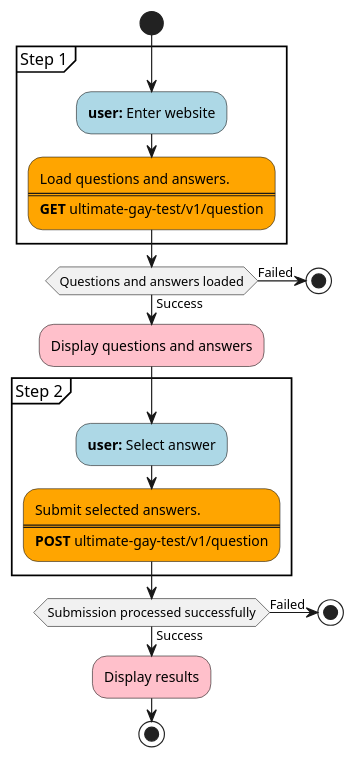
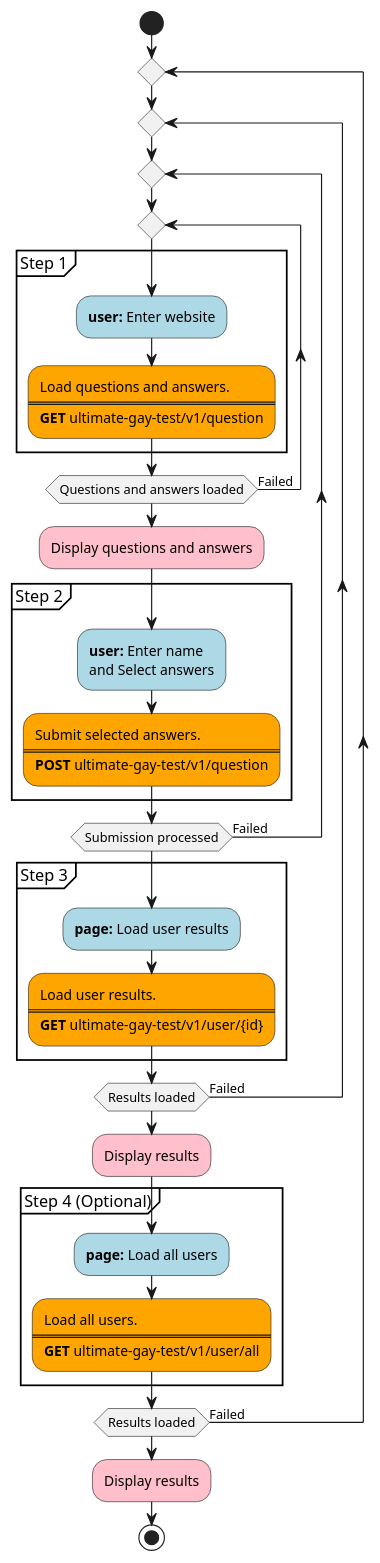
One commit to lindaring/ultimate-gay-test changed the diagram in src/main/docs/asciidocs/flowchart.puml. Above: the diagram before and after it, drawn with PlantUML. The commit also changed 3 other files, not shown here.

```diff
--- a/src/main/docs/asciidocs/flowchart.puml
+++ b/src/main/docs/asciidocs/flowchart.puml
@@ -1,41 +1,61 @@
 @startuml
 start
 
-    partition "Step 1" {
+    repeat
+        repeat
+            repeat
+                repeat
+                    partition "Step 1" {
 
-        #lightblue:**user:** Enter website;
+                        #lightblue:**user:** Enter website;
 
-        #orange:Load questions and answers.
-        ====
-        **GET** ultimate-gay-test/v1/question;
+                        #orange:Load questions and answers.
+                        ====
+                        **GET** ultimate-gay-test/v1/question;
 
-    }
+                    }
+                repeat while (Questions and answers loaded) is (Failed)
 
-    if (Questions and answers loaded) then (Success)
+                #pink:Display questions and answers;
 
-        #pink:Display questions and answers;
+                partition "Step 2" {
 
-        partition "Step 2" {
+                    #lightblue:**user:** Enter name\nand Select answers;
 
-            #lightblue:**user:** Select answer;
+                    #orange:Submit selected answers.
+                    ====
+                    **POST** ultimate-gay-test/v1/question;
 
-            #orange:Submit selected answers.
+                }
+
+            repeat while (Submission processed) is (Failed)
+
+            partition "Step 3" {
+
+                #lightblue:**page:** Load user results;
+
+                #orange:Load user results.
+                ====
+                **GET** ultimate-gay-test/v1/user/{id};
+            }
+
+        repeat while (Results loaded) is (Failed)
+
+        #pink:Display results;
+
+        partition "Step 4 (Optional)" {
+
+            #lightblue:**page:** Load all users;
+
+            #orange:Load all users.
             ====
-            **POST** ultimate-gay-test/v1/question;
-
+            **GET** ultimate-gay-test/v1/user/all;
         }
 
-        if (Submission processed successfully) then (Success)
+    repeat while (Results loaded) is (Failed)
 
-            #pink:Display results;
+    #pink:Display results;
 
-        else (Failed)
-            stop
-        endif
-
-    else (Failed)
-        stop
-    endif
 
 stop
 @enduml
```
